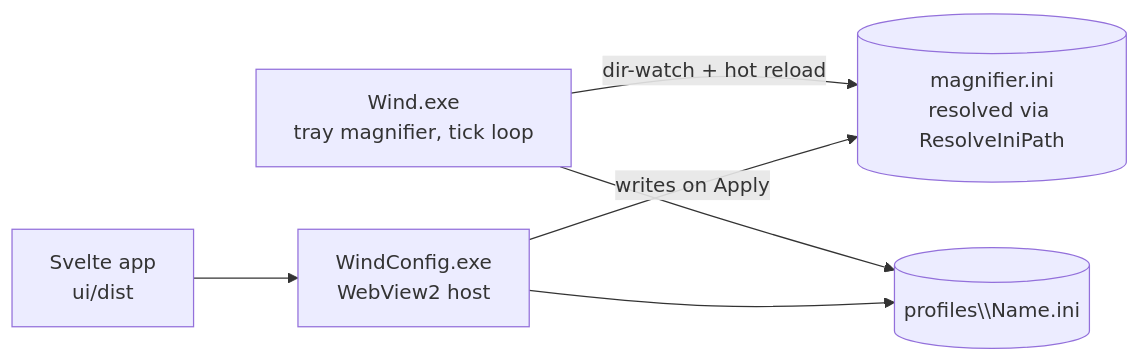
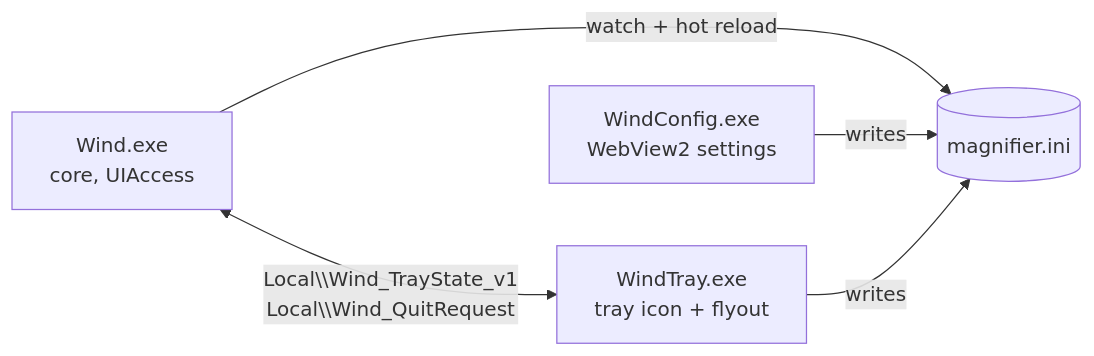
One commit to Maxaubert/Wind changed the diagram in docs/architecture/01-overview.md. Above: the diagram before and after it, drawn with Mermaid. The commit also changed other lines of this file and 142 other files, not shown here.

First line of the commit message:
docs: overhaul README, CLAUDE.md, architecture and findings (#357) (#358)

````diff
--- a/docs/architecture/01-overview.md
+++ b/docs/architecture/01-overview.md
@@ -88,8 +32,7 @@
 ```mermaid
 flowchart LR
-  W[Wind.exe\ntray magnifier, tick loop] -->|dir-watch + hot reload| INI[(magnifier.ini\nresolved via ResolveIniPath)]
-  C[WindConfig.exe\nWebView2 host] -->|writes on Apply| INI
-  UI[Svelte app\nui/dist] --> C
-  W --> P[(profiles\\Name.ini)]
-  C --> P
+  W[Wind.exe\ncore, UIAccess] -->|watch + hot reload| INI[(magnifier.ini)]
+  C[WindConfig.exe\nWebView2 settings] -->|writes| INI
+  T[WindTray.exe\ntray icon + flyout] -->|writes| INI
+  W <-->|Local\\Wind_TrayState_v1\nLocal\\Wind_QuitRequest| T
 ```
````
